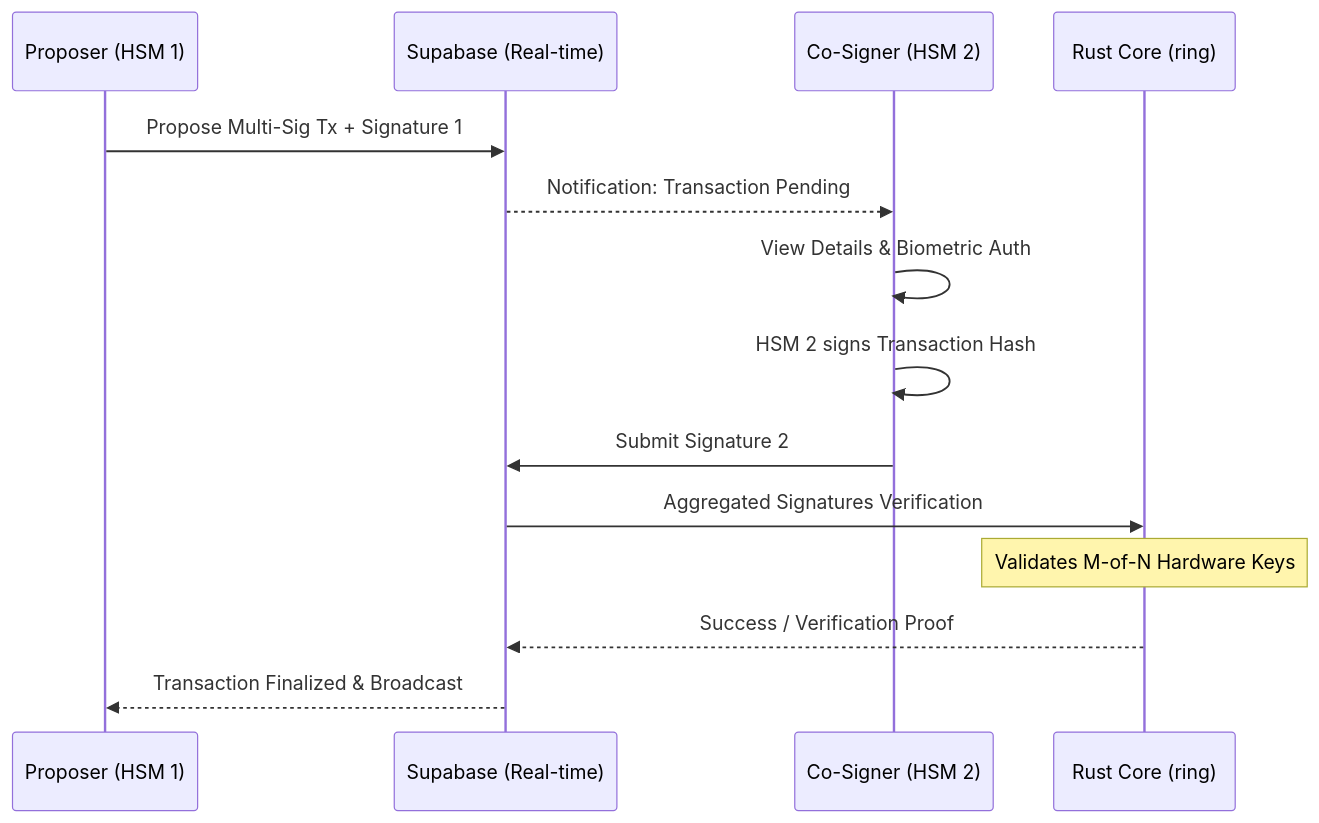
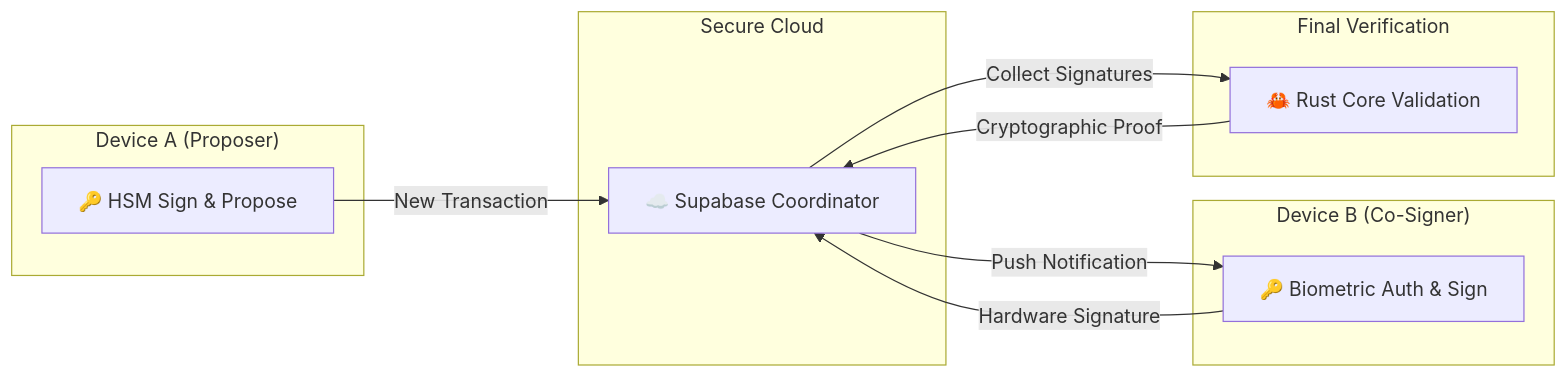
Before and after one commit to devmilang99/NeRuWallet: the third of 3 diagrams in README.md, drawn with Mermaid. The commit also changed other lines of this file and 2 other files, not shown here.

Commit message:
changes: Rust based cryptography fix and optimization made for ios , Readme updated

````diff
--- a/README.md
+++ b/README.md
@@ -153,17 +171,24 @@
 ```mermaid
-sequenceDiagram
-    participant P1 as Proposer (HSM 1)
-    participant SB as Supabase (Real-time)
-    participant P2 as Co-Signer (HSM 2)
-    participant Rust as Rust Core (ring)
-    
-    P1->>SB: Propose Multi-Sig Tx + Signature 1
-    SB-->>P2: Notification: Transaction Pending
-    P2->>P2: View Details & Biometric Auth
-    P2->>P2: HSM 2 signs Transaction Hash
-    P2->>SB: Submit Signature 2
-    SB->>Rust: Aggregated Signatures Verification
-    Note over Rust: Validates M-of-N Hardware Keys
-    Rust-->>SB: Success / Verification Proof
-    SB-->>P1: Transaction Finalized & Broadcast
+graph LR
+    subgraph "Device A (Proposer)"
+        P1["🔑 HSM Sign & Propose"]
+    end
+
+    subgraph "Secure Cloud"
+        SB["☁️ Supabase Coordinator"]
+    end
+
+    subgraph "Device B (Co-Signer)"
+        P2["🔑 Biometric Auth & Sign"]
+    end
+
+    subgraph "Final Verification"
+        RS["🦀 Rust Core Validation"]
+    end
+
+    P1 -- "New Transaction" --> SB
+    SB -- "Push Notification" --> P2
+    P2 -- "Hardware Signature" --> SB
+    SB -- "Collect Signatures" --> RS
+    RS -- "Cryptographic Proof" --> SB
 ```
````
